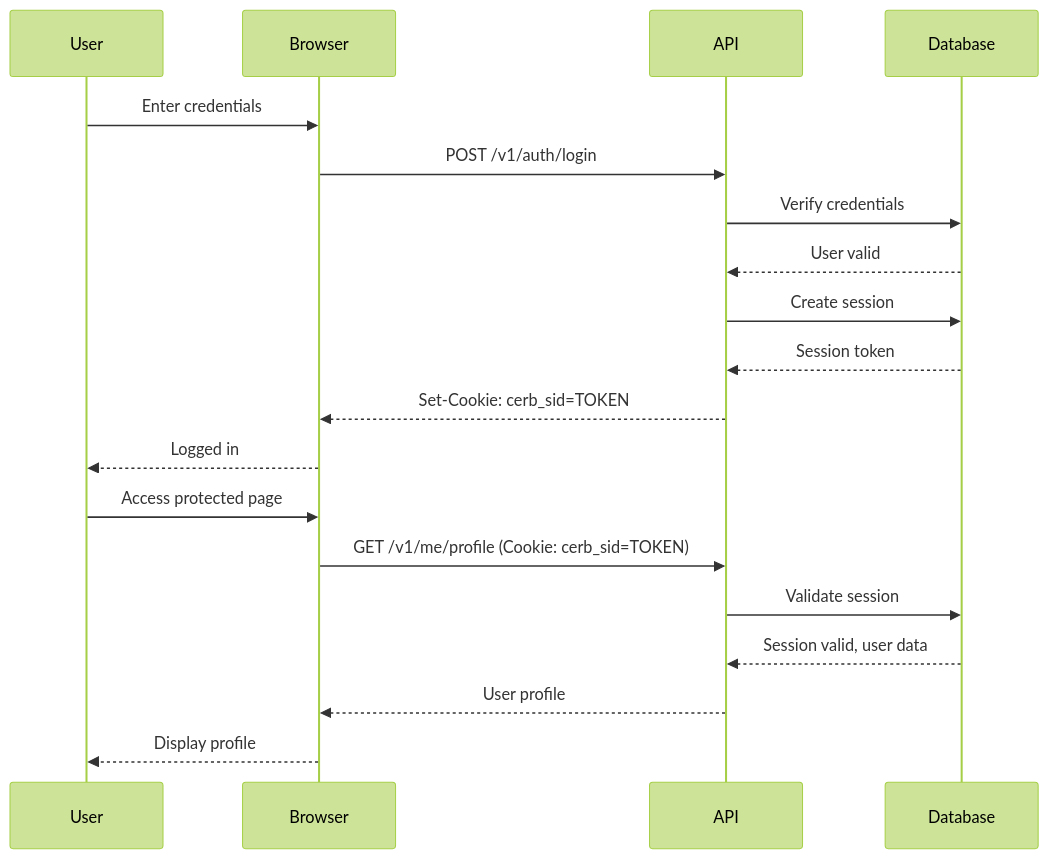
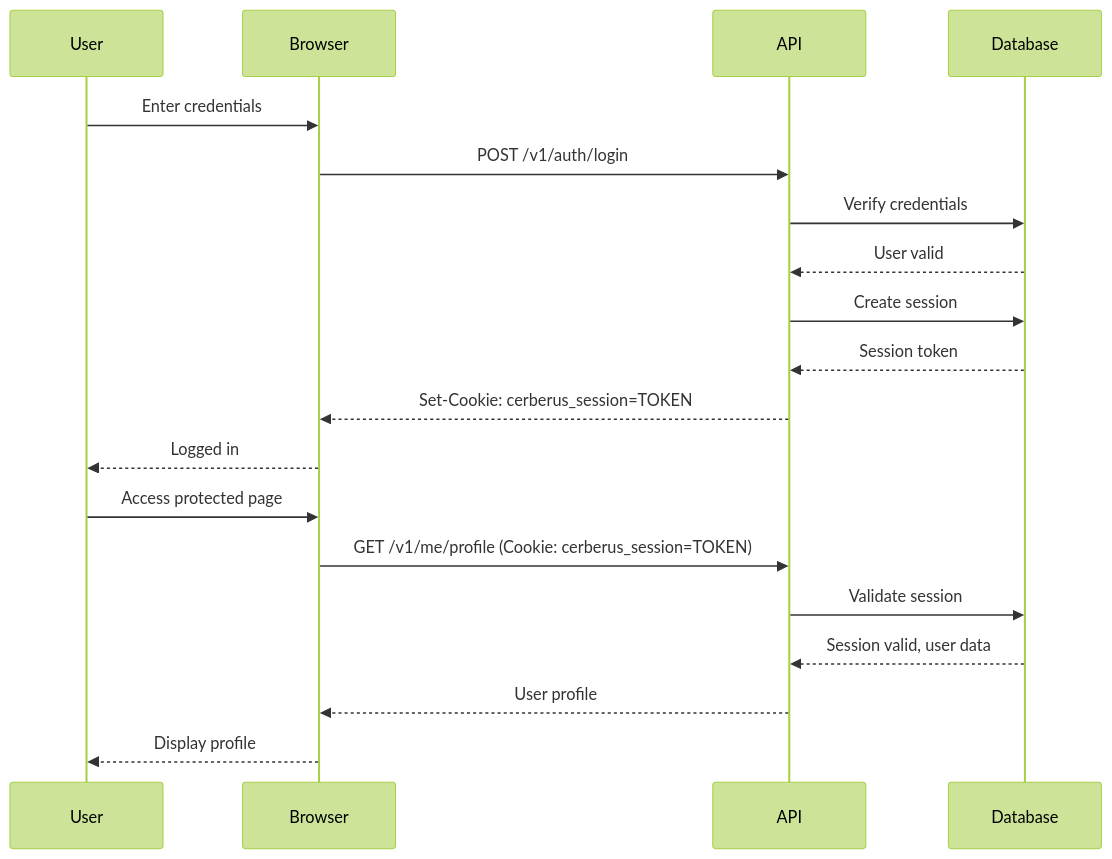
Before and after one commit to cerberus-iam/docs: the diagram in guide/sessions.md, drawn with Mermaid (forest theme). The commit also changed other lines of this file and 26 other files, not shown here.

First line of the commit message:
fix: update session cookie name and add missing endpoint documentation

````diff
--- a/guide/sessions.md
+++ b/guide/sessions.md
@@ -13,23 +13,23 @@
 ```mermaid
 sequenceDiagram
     participant User
     participant Browser
     participant API
     participant Database
 
     User->>Browser: Enter credentials
     Browser->>API: POST /v1/auth/login
     API->>Database: Verify credentials
     Database-->>API: User valid
     API->>Database: Create session
     Database-->>API: Session token
-    API-->>Browser: Set-Cookie: cerb_sid=TOKEN
+    API-->>Browser: Set-Cookie: cerberus_session=TOKEN
     Browser-->>User: Logged in
 
     User->>Browser: Access protected page
-    Browser->>API: GET /v1/me/profile (Cookie: cerb_sid=TOKEN)
+    Browser->>API: GET /v1/me/profile (Cookie: cerberus_session=TOKEN)
     API->>Database: Validate session
     Database-->>API: Session valid, user data
     API-->>Browser: User profile
     Browser-->>User: Display profile
 ```
````
